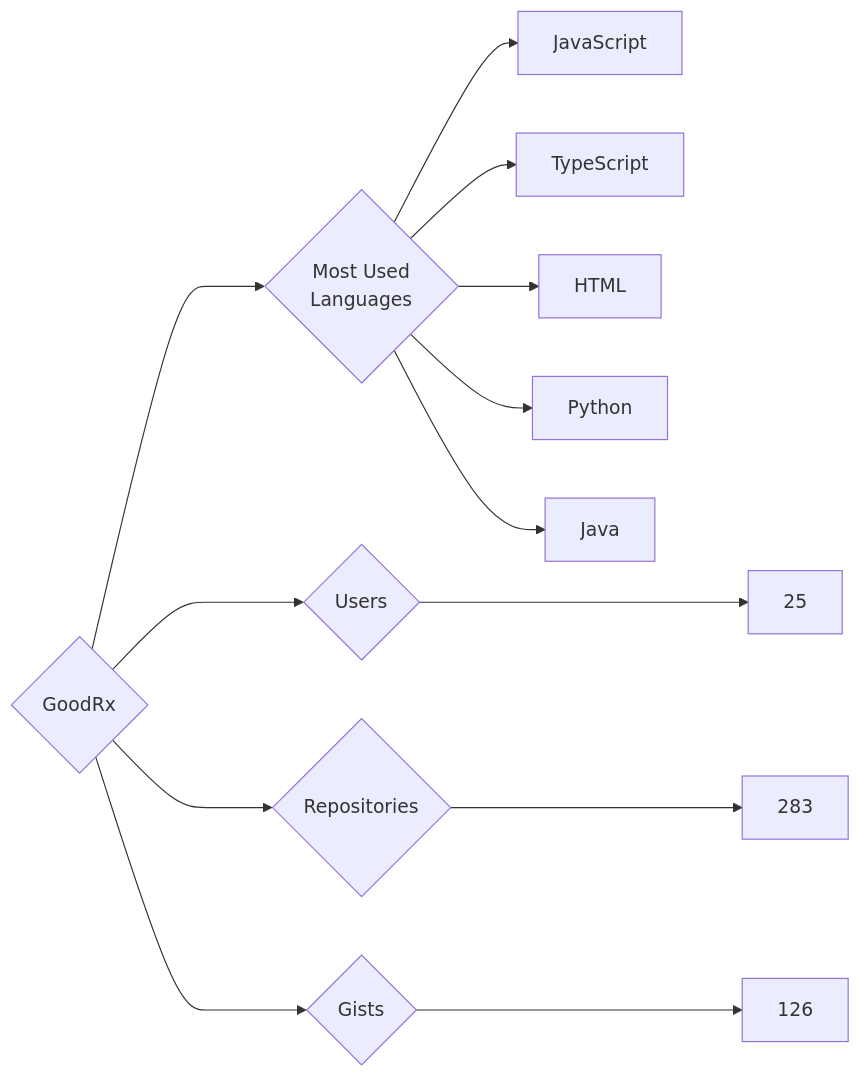
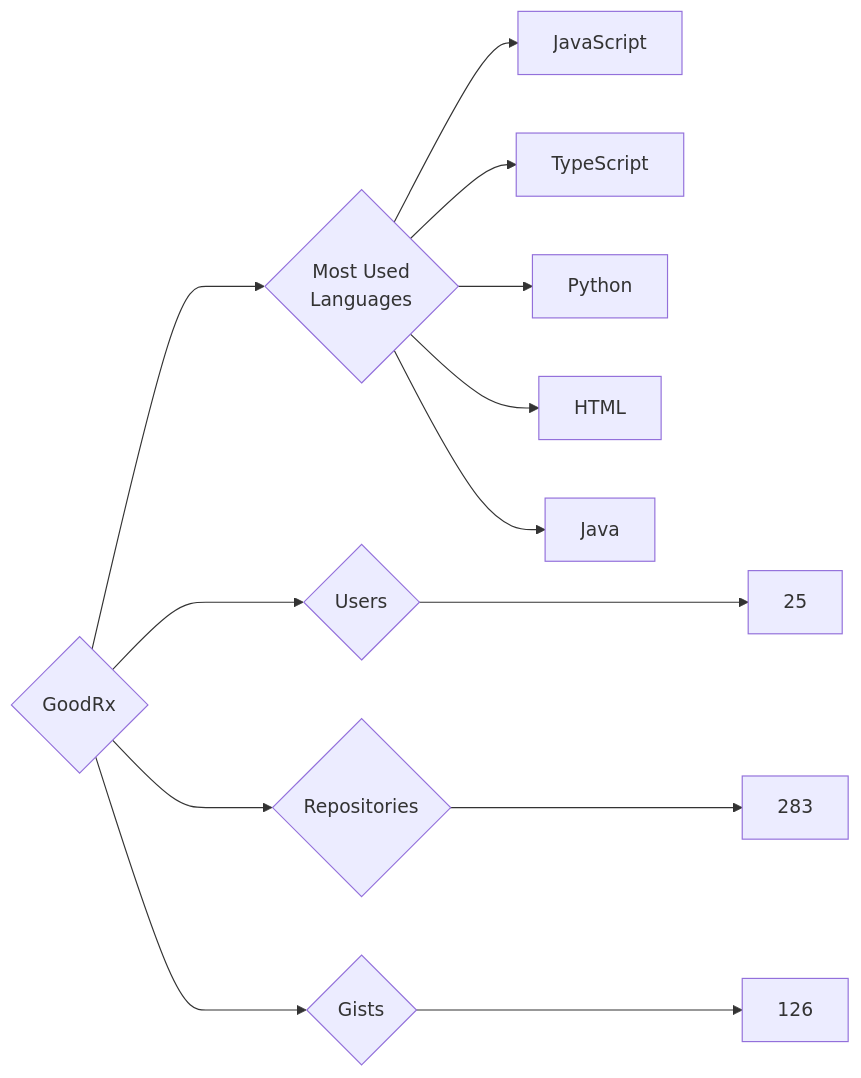
Before and after one commit to trickest/insiders: the diagram in targets/GoodRx/README.md, drawn with Mermaid. The commit also changed other lines of this file and 891 other files, not shown here.

````diff
--- a/targets/GoodRx/README.md
+++ b/targets/GoodRx/README.md
@@ -3,13 +3,13 @@
 ```mermaid
 graph LR
 COMPANY_NAME{GoodRx}
 COMPANY_NAME ---> U{Users} ---> UN[25]
 COMPANY_NAME ---> R{Repositories} ---> RN[283]
 COMPANY_NAME ---> G{Gists} ---> GN[126]
 COMPANY_NAME ---> ML{Most Used<br>Languages}
 ML --> JavaScript[JavaScript]
 ML --> TypeScript[TypeScript]
+ML --> Python[Python]
 ML --> HTML[HTML]
-ML --> Python[Python]
 ML --> Java[Java]
 ```
````
